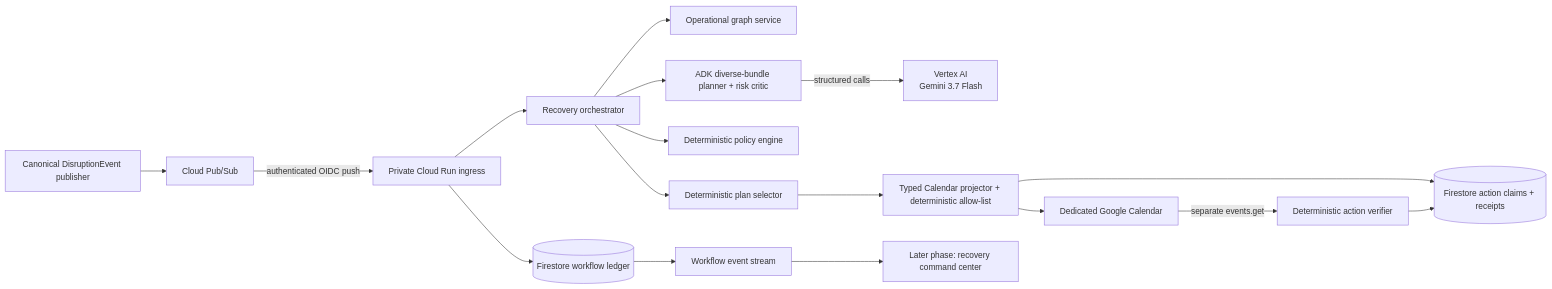
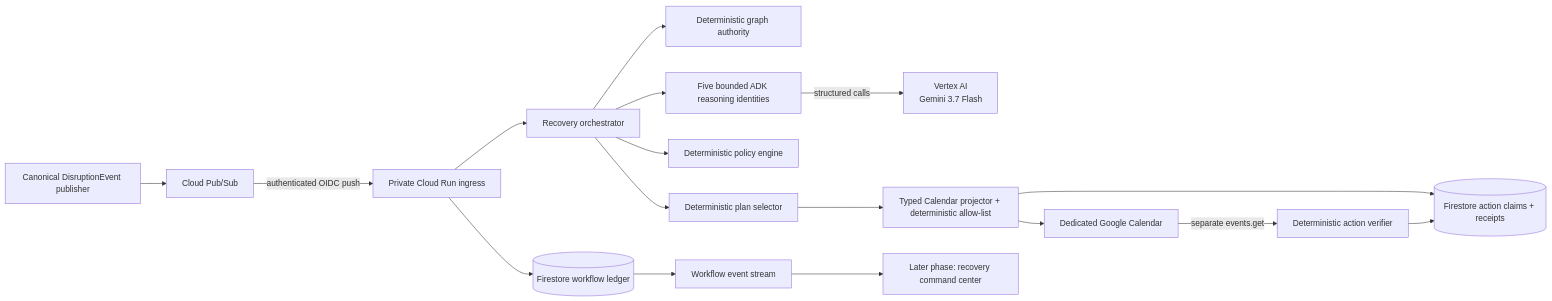
The first of 2 diagrams in docs/architecture.md (Rex123-hash/Reflow), drawn with Mermaid before and after one commit. The commit also changed other lines of this file and 11 other files, not shown here.

````diff
--- a/docs/architecture.md
+++ b/docs/architecture.md
@@ -12,20 +11,20 @@
 ```mermaid
 flowchart LR
     Publisher[Canonical DisruptionEvent publisher] --> PubSub[Cloud Pub/Sub]
     PubSub -->|authenticated OIDC push| Ingress[Private Cloud Run ingress]
     Ingress --> Ledger[(Firestore workflow ledger)]
     Ingress --> Orchestrator[Recovery orchestrator]
 
-    Orchestrator --> Graph[Operational graph service]
-    Orchestrator --> Agents[ADK diverse-bundle planner + risk critic]
+    Orchestrator --> Graph[Deterministic graph authority]
+    Orchestrator --> Agents[Five bounded ADK reasoning identities]
     Agents -->|structured calls| Gemini[Vertex AI\nGemini 3.7 Flash]
     Orchestrator --> Policy[Deterministic policy engine]
     Orchestrator --> Selector[Deterministic plan selector]
     Selector --> Authorizer[Typed Calendar projector + deterministic allow-list]
     Authorizer --> ActionLedger[(Firestore action claims + receipts)]
     Authorizer --> Calendar[Dedicated Google Calendar]
     Calendar -->|separate events.get| Readback[Deterministic action verifier]
     Readback --> ActionLedger
     Ledger --> Events[Workflow event stream]
     Events --> FutureUI[Later phase: recovery command center]
 ```
````
